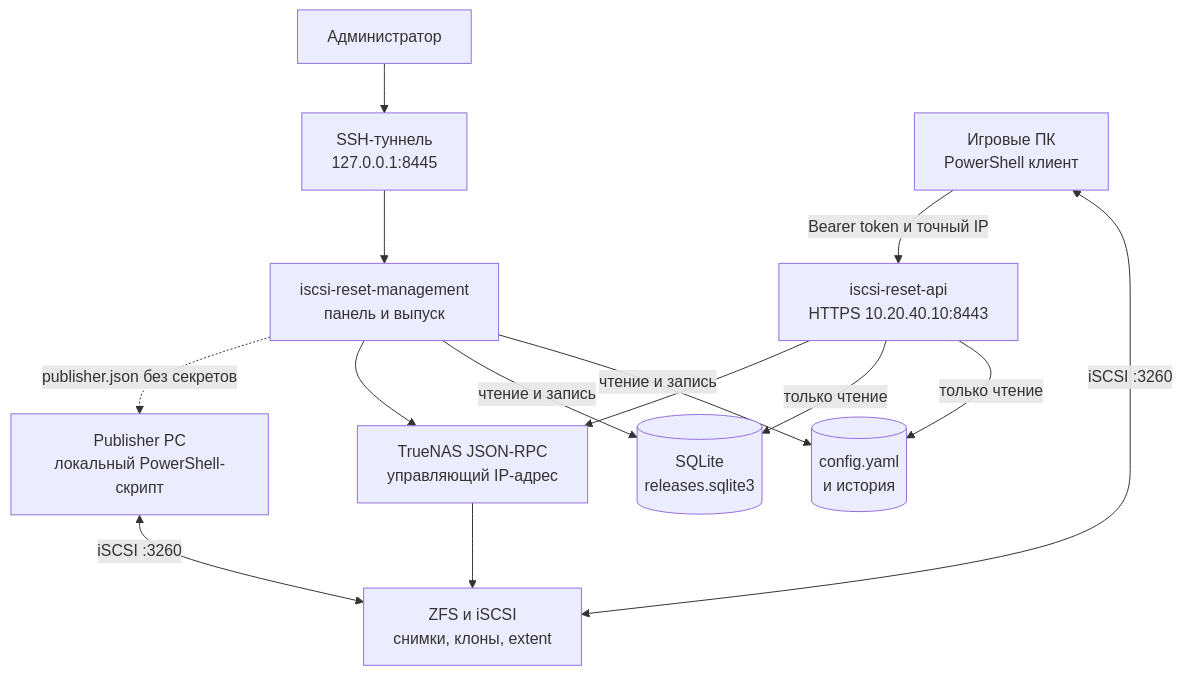
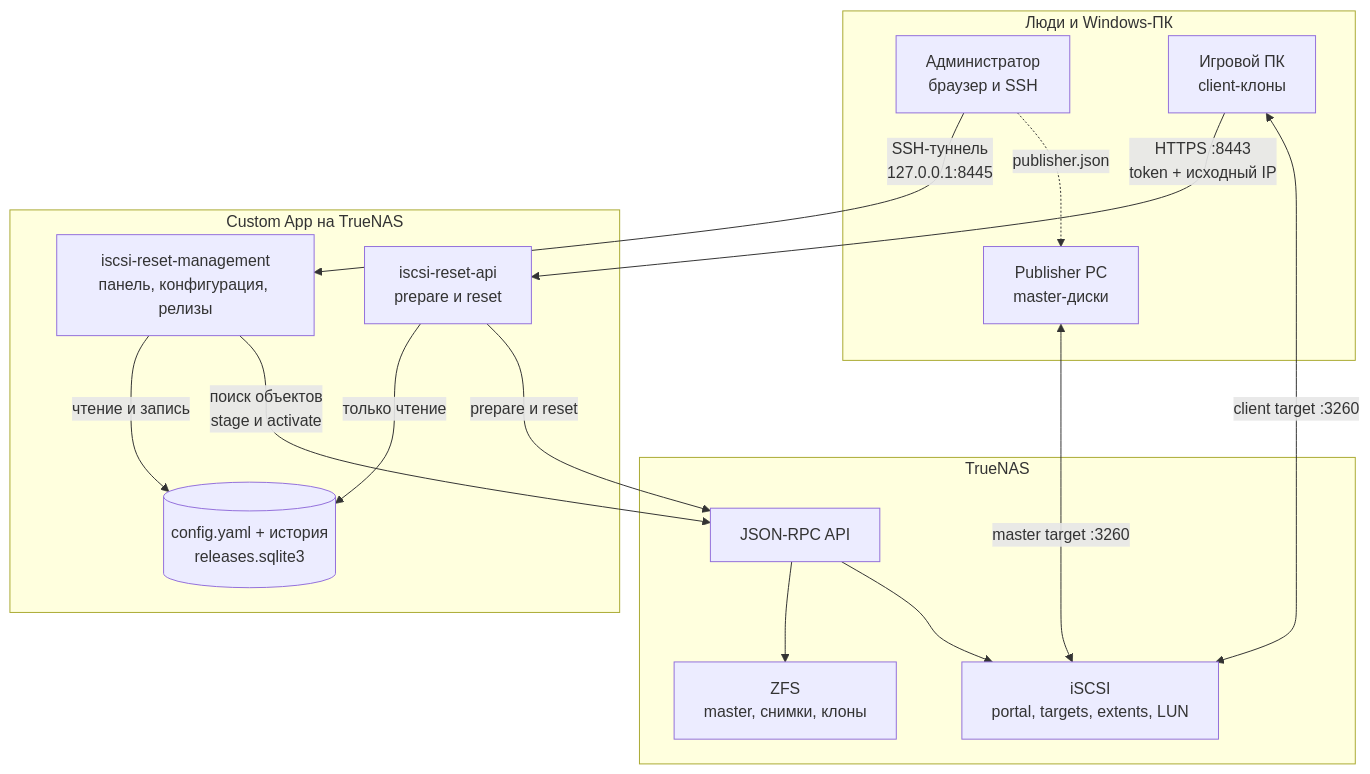
The first of 4 diagrams in README.md (Xerz/iscsi-reset-service), drawn with Mermaid before and after one commit. The commit also changed other lines of this file, not shown here.

Commit message:
docs: simplify README Mermaid diagrams

````diff
--- a/README.md
+++ b/README.md
@@ -36,26 +36,35 @@
 ```mermaid
 flowchart TB
-    operator["Администратор"]
-    tunnel["SSH-туннель<br/>127.0.0.1:8445"]
-    management["iscsi-reset-management<br/>панель и выпуск"]
-    reset["iscsi-reset-api<br/>HTTPS 10.20.40.10:8443"]
-    config[("config.yaml<br/>и история")]
-    database[("SQLite<br/>releases.sqlite3")]
-    truenas["TrueNAS JSON-RPC<br/>управляющий IP-адрес"]
-    storage["ZFS и iSCSI<br/>снимки, клоны, extent"]
-    publisher["Publisher PC<br/>локальный PowerShell-скрипт"]
-    clients["Игровые ПК<br/>PowerShell клиент"]
+    subgraph pcs["Люди и Windows-ПК"]
+        admin["Администратор<br/>браузер и SSH"]
+        publisher["Publisher PC<br/>master-диски"]
+        client["Игровой ПК<br/>client-клоны"]
+    end
 
-    operator --> tunnel --> management
-    management -->|"чтение и запись"| config
-    management -->|"чтение и запись"| database
-    reset -->|"только чтение"| config
-    reset -->|"только чтение"| database
-    management --> truenas
-    reset --> truenas
-    truenas --> storage
-    publisher <-->|"iSCSI :3260"| storage
-    clients <-->|"iSCSI :3260"| storage
-    clients -->|"Bearer token и точный IP"| reset
-    management -.->|"publisher.json без секретов"| publisher
+    subgraph app["Custom App на TrueNAS"]
+        management["iscsi-reset-management<br/>панель, конфигурация, релизы"]
+        reset["iscsi-reset-api<br/>prepare и reset"]
+        state[("config.yaml + история<br/>releases.sqlite3")]
+    end
+
+    subgraph storage["TrueNAS"]
+        api["JSON-RPC API"]
+        zfs["ZFS<br/>master, снимки, клоны"]
+        iscsi["iSCSI<br/>portal, targets, extents, LUN"]
+    end
+
+    admin -->|"SSH-туннель<br/>127.0.0.1:8445"| management
+    admin -.->|"publisher.json"| publisher
+
+    management -->|"чтение и запись"| state
+    reset -->|"только чтение"| state
+
+    management -->|"поиск объектов<br/>stage и activate"| api
+    reset -->|"prepare и reset"| api
+    api --> zfs
+    api --> iscsi
+
+    publisher <-->|"master target :3260"| iscsi
+    client -->|"HTTPS :8443<br/>token + исходный IP"| reset
+    client <-->|"client target :3260"| iscsi
 ```
````
